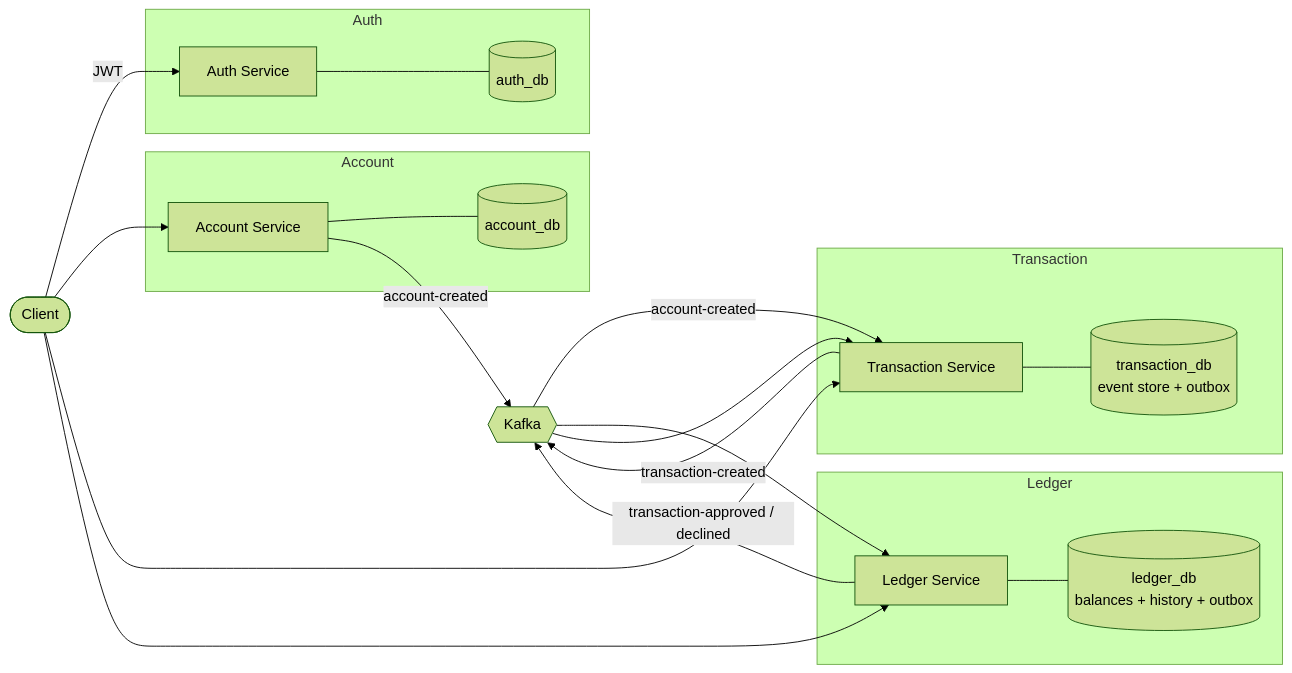
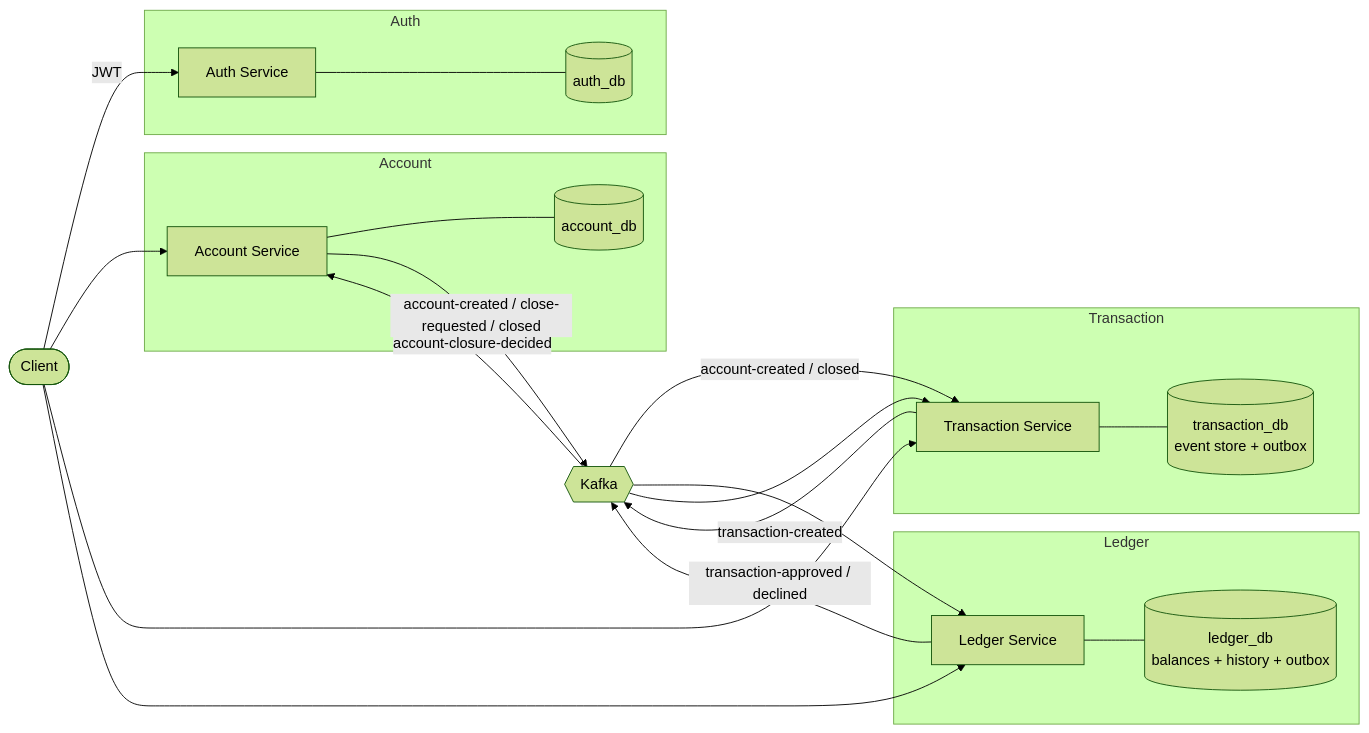
Before and after one commit to nikola8217/Bankflow: the first of 3 diagrams in README.md, drawn with Mermaid (forest theme). The commit also changed other lines of this file, not shown here.

Commit message:
docs: describe the account-closing saga

````diff
--- a/README.md
+++ b/README.md
@@ -13,31 +13,32 @@
 ```mermaid
 flowchart LR
     Client([Client])
 
     subgraph Auth
         AS[Auth Service] --- ADB[(auth_db)]
     end
     subgraph Account
         ACS[Account Service] --- ACDB[(account_db)]
     end
     subgraph Transaction
         TS[Transaction Service] --- TDB[(transaction_db<br/>event store + outbox)]
     end
     subgraph Ledger
         LS[Ledger Service] --- LDB[(ledger_db<br/>balances + history + outbox)]
     end
 
     K{{Kafka}}
 
     Client -->|JWT| AS
     Client --> ACS
     Client --> TS
     Client --> LS
 
-    ACS -->|account-created| K
-    K -->|account-created| TS
+    ACS -->|account-created / close-requested / closed| K
+    K -->|account-closure-decided| ACS
+    K -->|account-created / closed| TS
     TS -->|transaction-created| K
     K --> LS
     LS -->|transaction-approved / declined| K
     K --> TS
 ```
````
